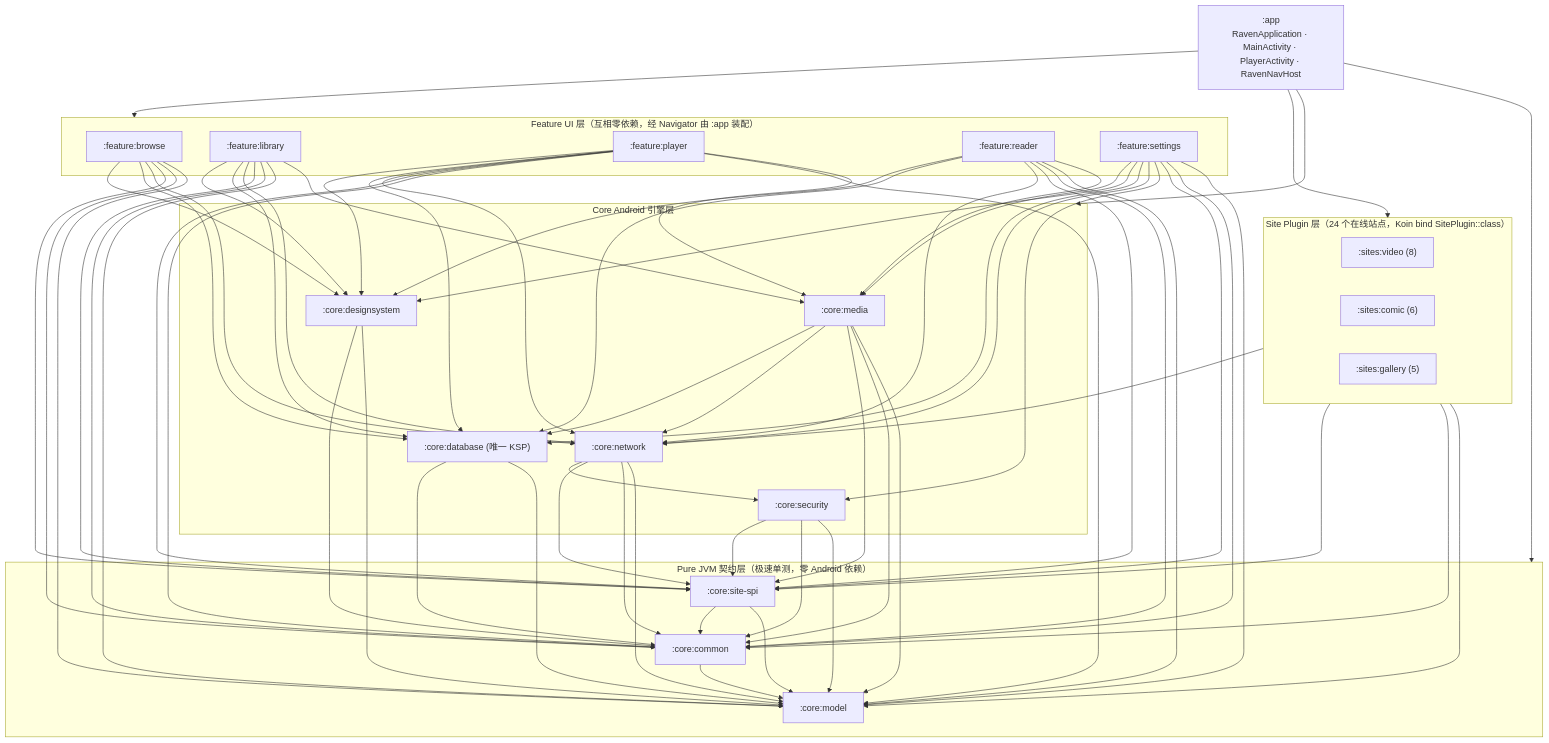
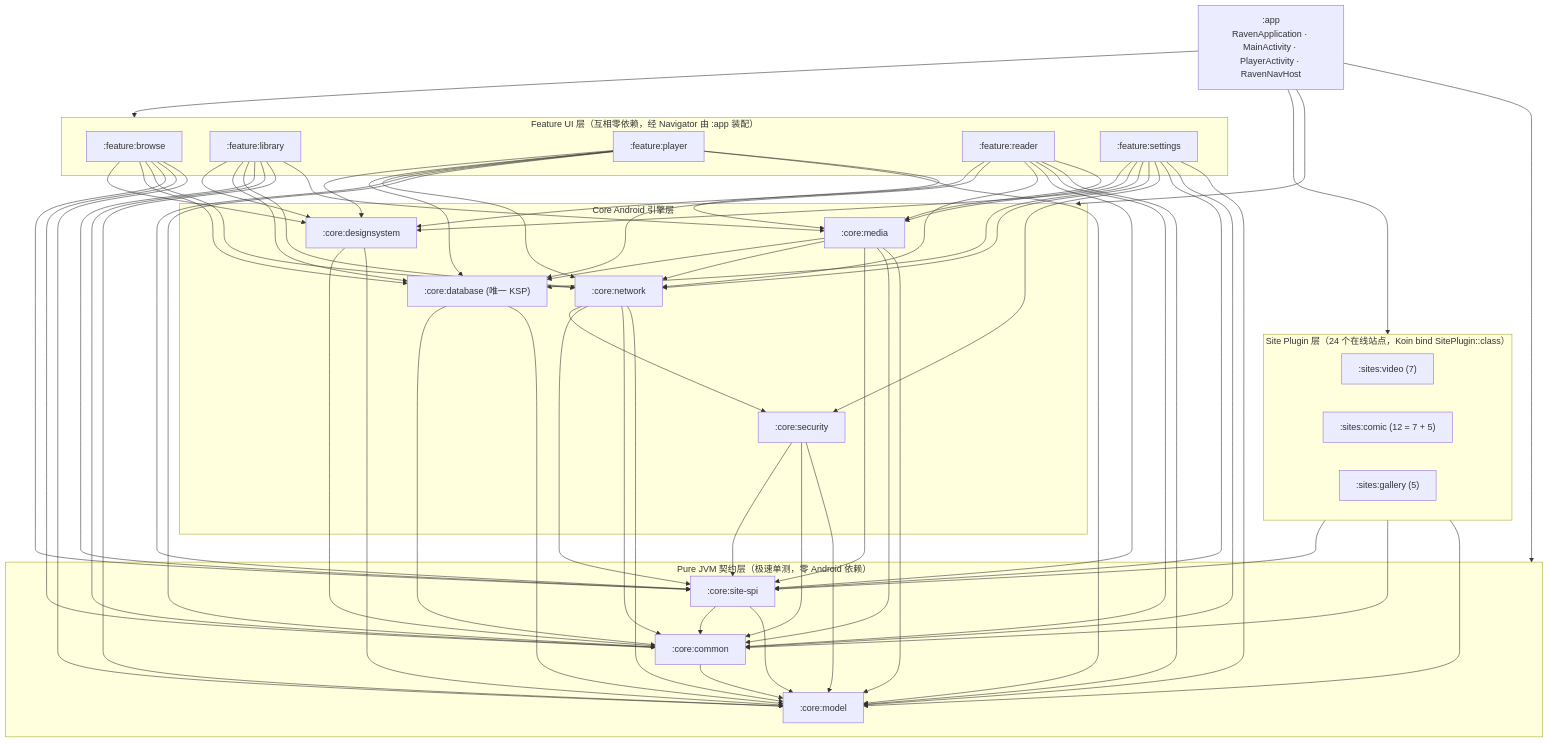
One commit to ywclgl258/Raven changed the diagram in docs/ONBOARDING.md. Above: the diagram before and after it, drawn with Mermaid. The commit also changed other lines of this file and 93 other files, not shown here.

````diff
--- a/docs/ONBOARDING.md
+++ b/docs/ONBOARDING.md
@@ -105,44 +105,44 @@
 ```mermaid
 flowchart TB
     APP[":app<br/>RavenApplication · MainActivity · PlayerActivity · RavenNavHost"]
 
     subgraph FEATURES["Feature UI 层（互相零依赖，经 Navigator 由 :app 装配）"]
         FB[":feature:browse"]
         FL[":feature:library"]
         FP[":feature:player"]
         FR[":feature:reader"]
         FS[":feature:settings"]
     end
 
     subgraph SITES["Site Plugin 层（24 个在线站点，Koin bind SitePlugin::class）"]
-        SV[":sites:video (8)"]
-        SC[":sites:comic (6)"]
+        SV[":sites:video (7)"]
+        SC[":sites:comic (12 = 7 + 5)"]
         SG[":sites:gallery (5)"]
     end
 
     subgraph CORE_ANDROID["Core Android 引擎层"]
         CM[":core:media"]
         CD[":core:designsystem"]
         CDB[":core:database (唯一 KSP)"]
         CN[":core:network"]
         CSEC[":core:security"]
     end
 
     subgraph CORE_JVM["Pure JVM 契约层（极速单测，零 Android 依赖）"]
         SPI[":core:site-spi"]
         COM[":core:common"]
         MOD[":core:model"]
     end
 
     APP --> FEATURES & SITES & CORE_ANDROID & CORE_JVM
     FB & FL & FP & FR --> CD & CDB & CN & SPI & COM & MOD
     FL & FP & FR --> CM
     FS --> CM & CD & CDB & CN & CSEC & SPI & COM & MOD
-    SITES --> CN & SPI & COM & MOD
+    SITES --> SPI & COM & MOD
     CM --> CDB & CN & SPI & COM & MOD
     CN --> CSEC & SPI & COM & MOD
     CDB & CD --> COM & MOD
     CSEC --> SPI & COM & MOD
     SPI --> COM & MOD
     COM --> MOD
 ```
````
